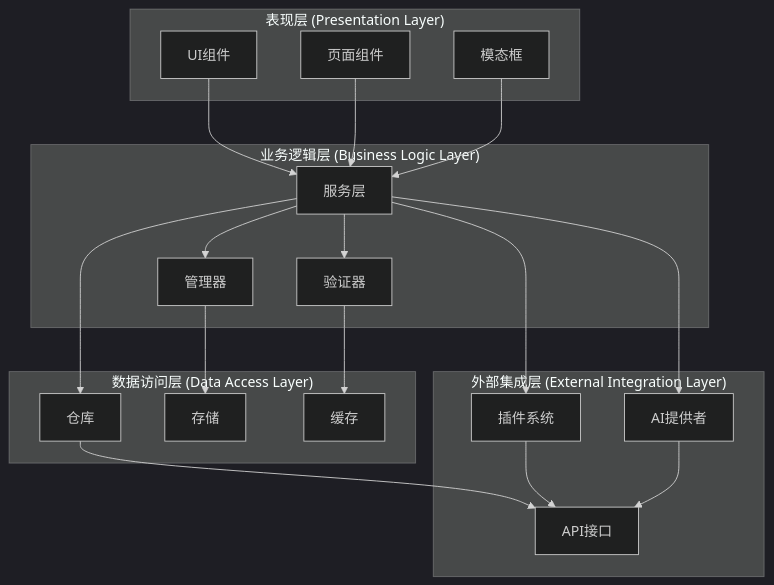
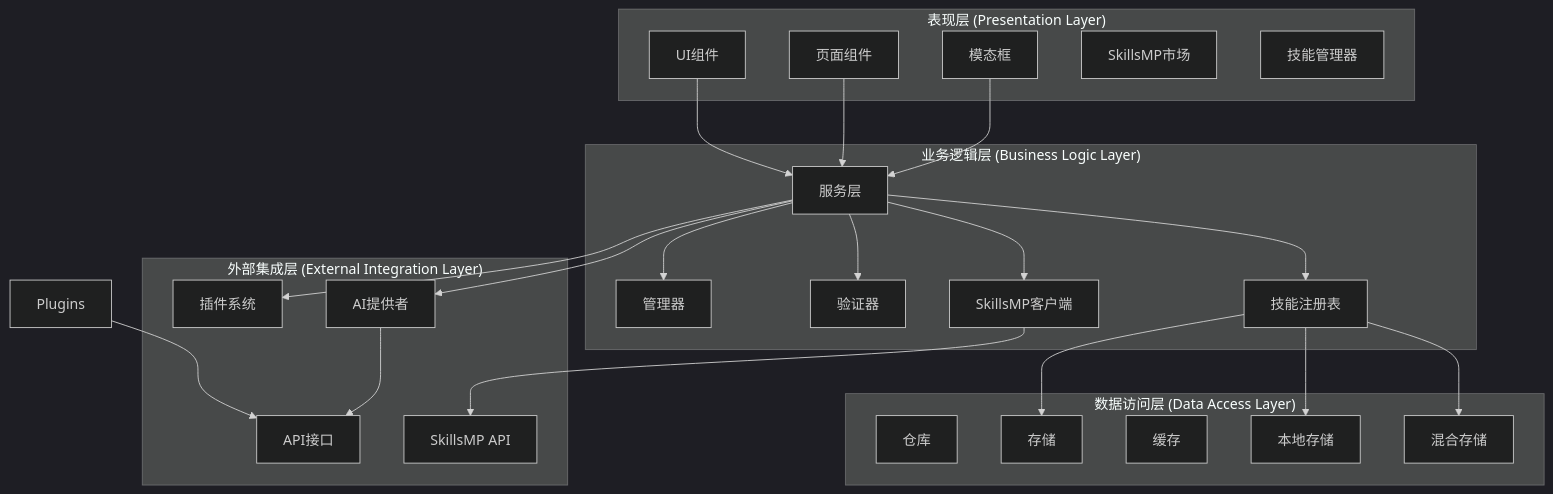
The fourth of 11 diagrams in .qoder/repowiki/zh/content/功能模块/AI技能市场系统.md (LRF0422/Kotion), drawn with Mermaid (dark theme) before and after one commit. The commit also changed other lines of this file and 22 other files, not shown here.

````diff
--- a/.qoder/repowiki/zh/content/功能模块/AI技能市场系统.md
+++ b/.qoder/repowiki/zh/content/功能模块/AI技能市场系统.md
@@ -211,36 +208,45 @@
 ```mermaid
 graph TB
 subgraph "表现层 (Presentation Layer)"
 UIComponents[UI组件]
 Pages[页面组件]
 Modals[模态框]
+SkillsMPMarketplace[SkillsMP市场]
+SkillManager[技能管理器]
 end
 subgraph "业务逻辑层 (Business Logic Layer)"
 Services[服务层]
 Managers[管理器]
 Validators[验证器]
+SkillRegistry[技能注册表]
+SkillsMPClient[SkillsMP客户端]
 end
 subgraph "数据访问层 (Data Access Layer)"
 Repositories[仓库]
 Storage[存储]
 Cache[缓存]
+LocalStorage[本地存储]
+HybridStorage[混合存储]
 end
 subgraph "外部集成层 (External Integration Layer)"
 APIs[API接口]
-Plugins[插件系统]
+SkillsMPAPI[SkillsMP API]
+PluginSystem[插件系统]
 AIProviders[AI提供者]
 end
 UIComponents --> Services
 Pages --> Services
 Modals --> Services
 Services --> Managers
 Services --> Validators
-Services --> Repositories
-Managers --> Storage
-Validators --> Cache
-Repositories --> APIs
-Services --> Plugins
+Services --> SkillRegistry
+Services --> SkillsMPClient
+SkillRegistry --> Storage
+SkillRegistry --> LocalStorage
+SkillRegistry --> HybridStorage
+SkillsMPClient --> SkillsMPAPI
+Services --> PluginSystem
 Services --> AIProviders
 Plugins --> APIs
 AIProviders --> APIs
 ```
````
